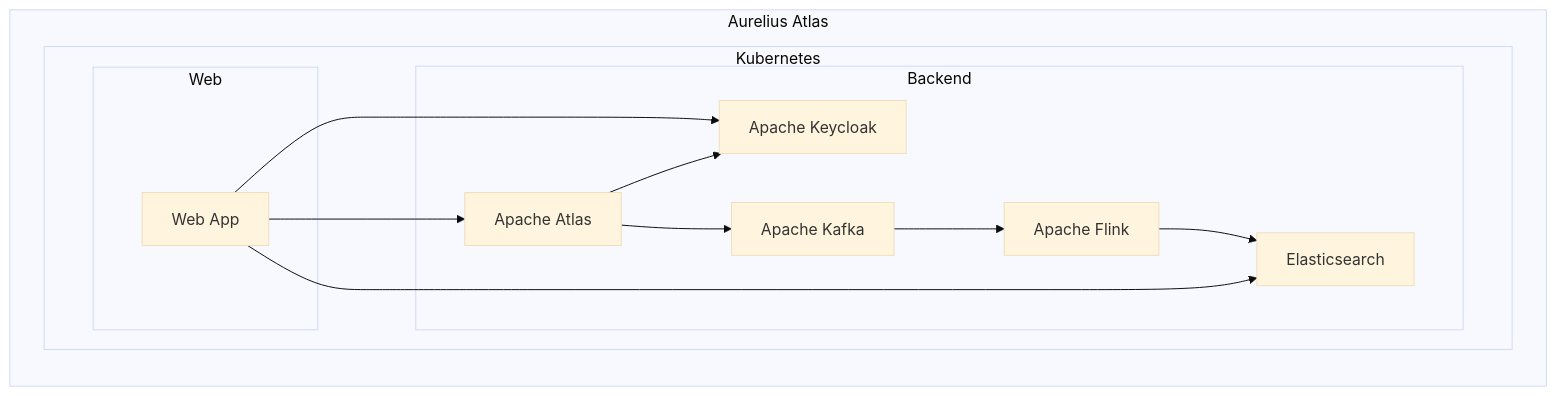
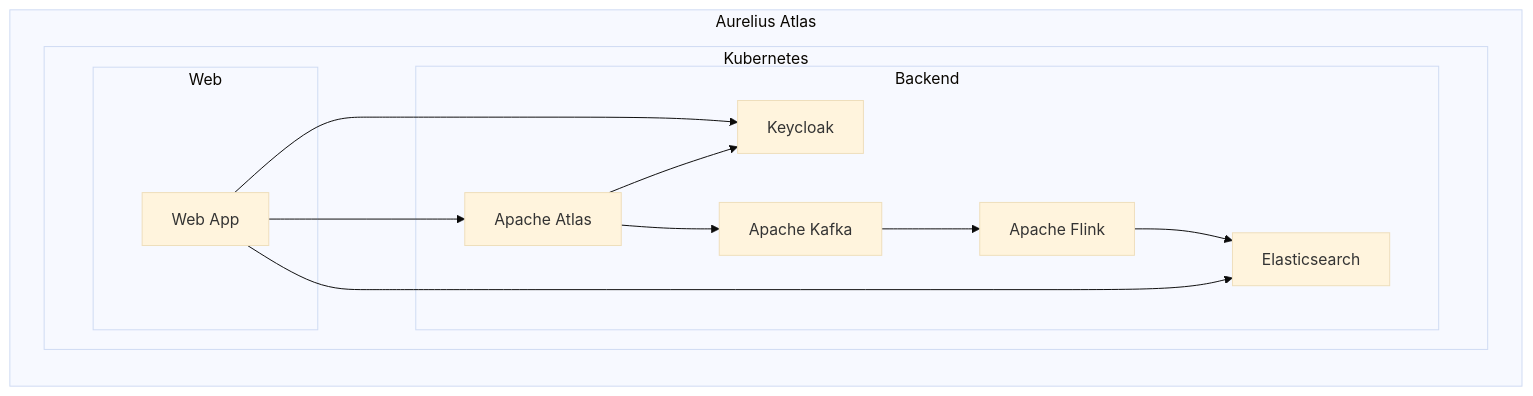
One commit to aureliusenterprise/aurelius-atlas-documentation changed the diagram in docs/architecture.md. Above: the diagram before and after it, drawn with Mermaid (base theme). The commit also changed other lines of this file, not shown here.

Commit message:
docs: extend architecture section

````diff
--- a/docs/architecture.md
+++ b/docs/architecture.md
@@ -5,25 +9,25 @@
 ```mermaid
 graph LR
     subgraph Aurelius Atlas
         subgraph Kubernetes
             subgraph Web
                 WebApp["Web App"]
             end
             subgraph Backend
                 ApacheAtlas["Apache Atlas"]
-                ApacheKeycloak[""Apache Keycloak""]
+                Keycloak["Keycloak"]
                 ApacheKafka["Apache Kafka"]
                 ApacheFlink["Apache Flink"]
                 Elasticsearch["Elasticsearch"]
             end
         end
     end
 
-    ApacheAtlas --> ApacheKeycloak
+    ApacheAtlas --> Keycloak
     ApacheAtlas --> ApacheKafka
     ApacheKafka --> ApacheFlink
     ApacheFlink --> Elasticsearch
-    WebApp --> ApacheKeycloak
+    WebApp --> Keycloak
     WebApp --> ApacheAtlas
     WebApp --> Elasticsearch
 ```
````
